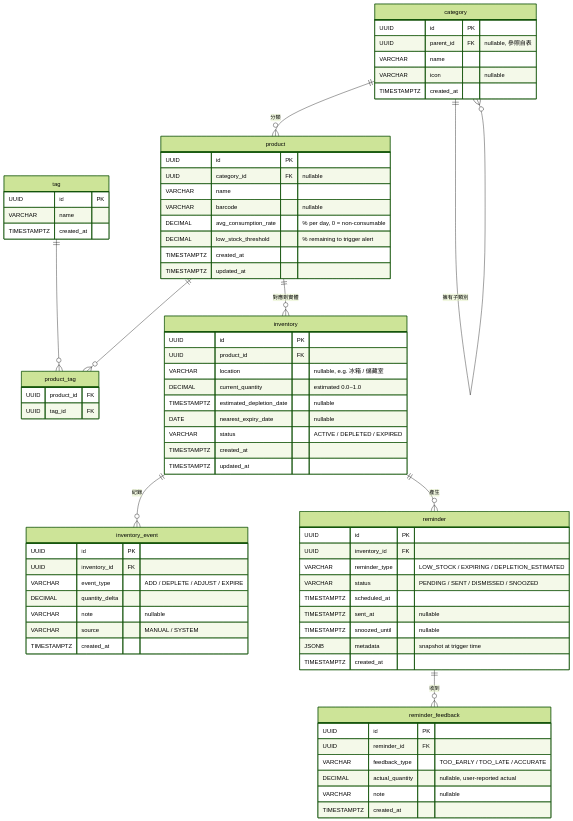
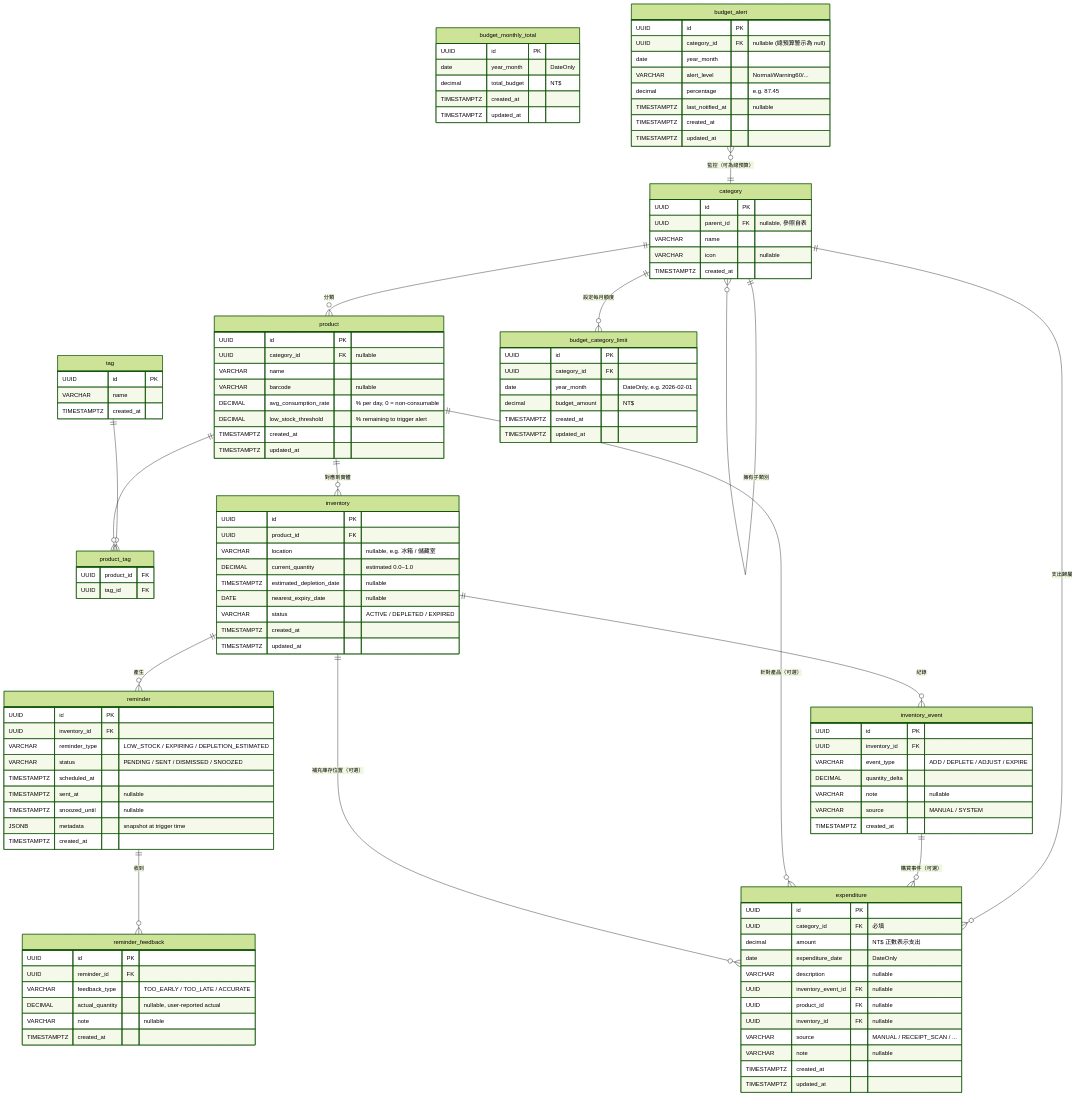
The diagram in Documents/ERD.mermaid (Chu-Yi-Ting/HouseHoldButler-back), drawn with Mermaid (forest theme) before and after one commit.

Commit message:
新增預算追蹤領域的 ERD
1. budget_category_limit 紀錄類別預算上限
2. budget_monthly_total 紀錄每月總預算上限
3. budget_alert 紀錄預算通知
4. expenditure 紀錄支出費用

```diff
--- a/Documents/ERD.mermaid
+++ b/Documents/ERD.mermaid
@@ -1,82 +1,131 @@
 erDiagram
     category {
         UUID id PK
         UUID parent_id FK "nullable, 參照自表"
         VARCHAR name
         VARCHAR icon "nullable"
         TIMESTAMPTZ created_at
     }
 
     tag {
         UUID id PK
         VARCHAR name
         TIMESTAMPTZ created_at
     }
 
     product {
         UUID id PK
         UUID category_id FK "nullable"
         VARCHAR name
         VARCHAR barcode "nullable"
         DECIMAL avg_consumption_rate "% per day, 0 = non-consumable"
         DECIMAL low_stock_threshold "% remaining to trigger alert"
         TIMESTAMPTZ created_at
         TIMESTAMPTZ updated_at
     }
 
     product_tag {
         UUID product_id FK
         UUID tag_id FK
     }
 
     inventory {
         UUID id PK
         UUID product_id FK
         VARCHAR location "nullable, e.g. 冰箱 / 儲藏室"
         DECIMAL current_quantity "estimated 0.0~1.0"
         TIMESTAMPTZ estimated_depletion_date "nullable"
         DATE nearest_expiry_date "nullable"
         VARCHAR status "ACTIVE / DEPLETED / EXPIRED"
         TIMESTAMPTZ created_at
         TIMESTAMPTZ updated_at
     }
 
     inventory_event {
         UUID id PK
         UUID inventory_id FK
         VARCHAR event_type "ADD / DEPLETE / ADJUST / EXPIRE"
         DECIMAL quantity_delta
         VARCHAR note "nullable"
         VARCHAR source "MANUAL / SYSTEM"
         TIMESTAMPTZ created_at
     }
 
     reminder {
         UUID id PK
         UUID inventory_id FK
         VARCHAR reminder_type "LOW_STOCK / EXPIRING / DEPLETION_ESTIMATED"
         VARCHAR status "PENDING / SENT / DISMISSED / SNOOZED"
         TIMESTAMPTZ scheduled_at
         TIMESTAMPTZ sent_at "nullable"
         TIMESTAMPTZ snoozed_until "nullable"
         JSONB metadata "snapshot at trigger time"
         TIMESTAMPTZ created_at
     }
 
     reminder_feedback {
         UUID id PK
         UUID reminder_id FK
         VARCHAR feedback_type "TOO_EARLY / TOO_LATE / ACCURATE"
         DECIMAL actual_quantity "nullable, user-reported actual"
         VARCHAR note "nullable"
         TIMESTAMPTZ created_at
     }
 
+    budget_category_limit {
+        UUID id PK
+        UUID category_id FK
+        date year_month "DateOnly, e.g. 2026-02-01"
+        decimal budget_amount "NT$"
+        TIMESTAMPTZ created_at
+        TIMESTAMPTZ updated_at
+    }
+
+    budget_monthly_total {
+        UUID id PK
+        date year_month "DateOnly"
+        decimal total_budget "NT$"
+        TIMESTAMPTZ created_at
+        TIMESTAMPTZ updated_at
+    }
+
+    budget_alert {
+        UUID id PK
+        UUID category_id FK "nullable (總預算警示為 null)"
+        date year_month
+        VARCHAR alert_level "Normal/Warning60/..."
+        decimal percentage "e.g. 87.45"
+        TIMESTAMPTZ last_notified_at "nullable"
+        TIMESTAMPTZ created_at
+        TIMESTAMPTZ updated_at
+    }
+
+    expenditure {
+        UUID id PK
+        UUID category_id FK "必填"
+        decimal amount "NT$ 正數表示支出"
+        date expenditure_date "DateOnly"
+        VARCHAR description "nullable"
+        UUID inventory_event_id FK "nullable"
+        UUID product_id FK "nullable"
+        UUID inventory_id FK "nullable"
+        VARCHAR source "MANUAL / RECEIPT_SCAN / ..."
+        VARCHAR note "nullable"
+        TIMESTAMPTZ created_at
+        TIMESTAMPTZ updated_at
+    }
+
     category ||--o{ category : "擁有子類別"
     category ||--o{ product : "分類"
     tag ||--o{ product_tag : ""
     product ||--o{ product_tag : ""
     product ||--o{ inventory : "對應到實體"
     inventory ||--o{ inventory_event : "紀錄"
     inventory ||--o{ reminder : "產生"
     reminder ||--o{ reminder_feedback : "收到"
+    category ||--o{ budget_category_limit : "設定每月額度"
+    budget_alert }o--|| category : "監控（可為總預算）"
+    category ||--o{ expenditure : "支出歸屬"
+    inventory_event ||--o{ expenditure : "購買事件（可選）"
+    product ||--o{ expenditure : "針對產品（可選）"
+    inventory ||--o{ expenditure : "補充庫存位置（可選）"
```
